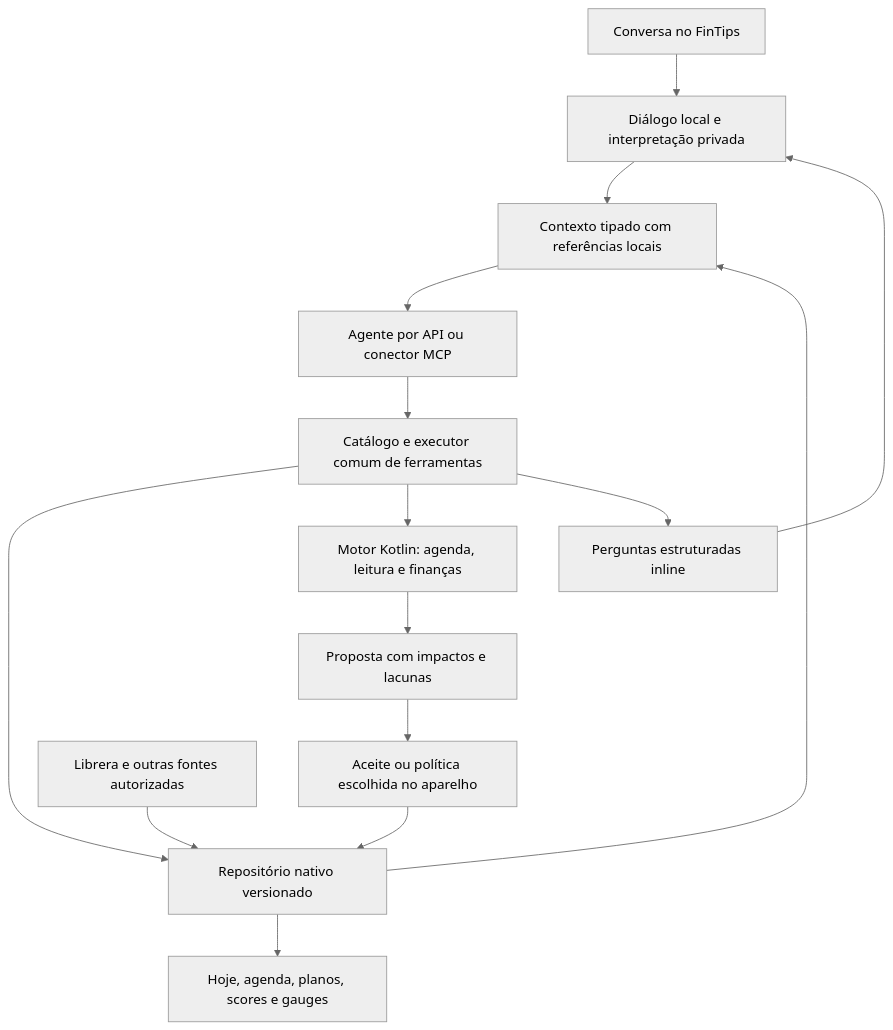
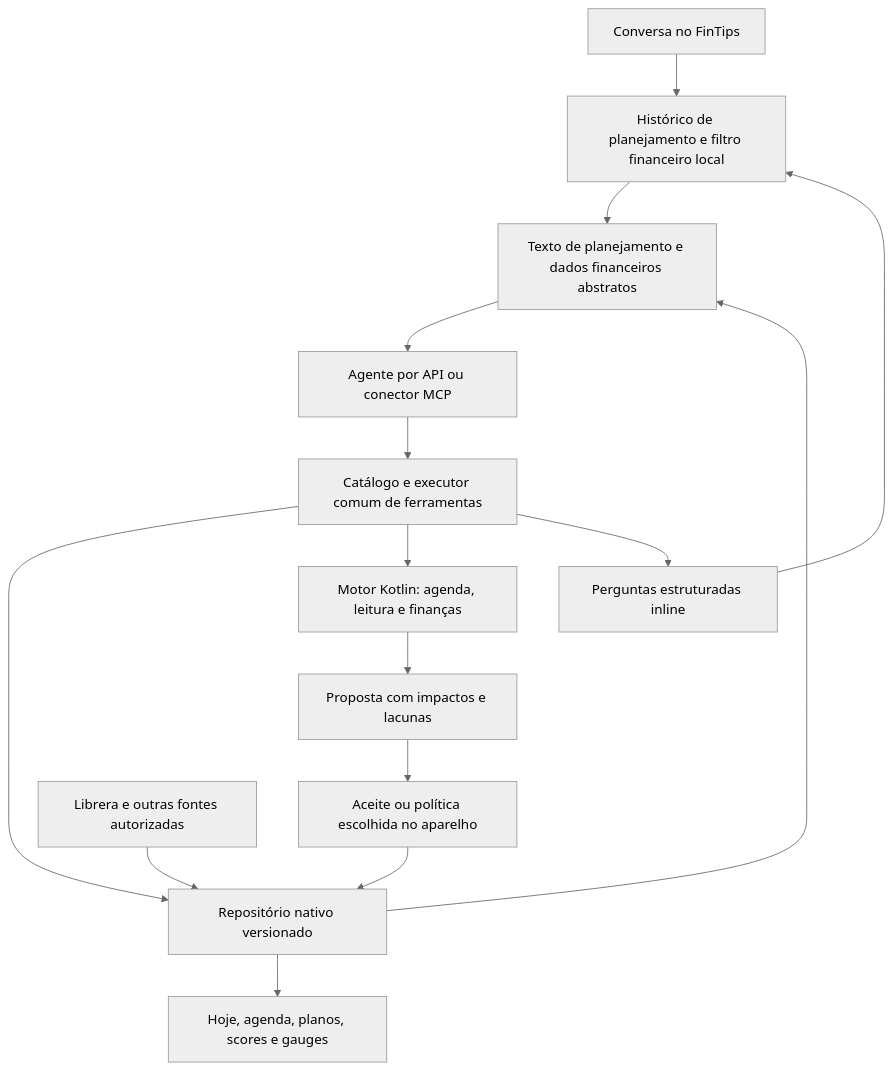
One commit to CabriniJr/FinTips changed the diagram in docs/PLANO-AGENTE-DE-VIDA.md. Above: the diagram before and after it, drawn with Mermaid (neutral theme). The commit also changed other lines of this file and 10 other files, not shown here.

````diff
--- a/docs/PLANO-AGENTE-DE-VIDA.md
+++ b/docs/PLANO-AGENTE-DE-VIDA.md
@@ -110,17 +111,17 @@
 ```mermaid
 flowchart TD
-    U[Conversa no FinTips] --> D[Diálogo local e interpretação privada]
-    D --> X[Contexto tipado com referências locais]
+    U[Conversa no FinTips] --> D[Histórico de planejamento e filtro financeiro local]
+    D --> X[Texto de planejamento e dados financeiros abstratos]
     X --> A[Agente por API ou conector MCP]
     A --> T[Catálogo e executor comum de ferramentas]
     T --> R[Repositório nativo versionado]
     T --> M[Motor Kotlin: agenda, leitura e finanças]
     T --> Q[Perguntas estruturadas inline]
     Q --> D
     M --> P[Proposta com impactos e lacunas]
     P --> C[Aceite ou política escolhida no aparelho]
     C --> R
     F[Librera e outras fontes autorizadas] --> R
     R --> V[Hoje, agenda, planos, scores e gauges]
     R --> X
 ```
````
